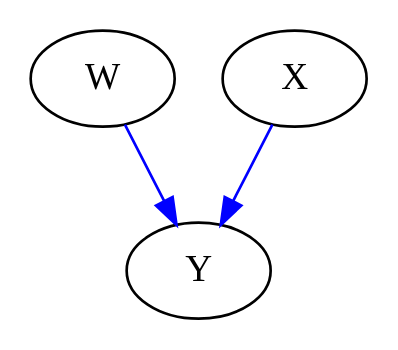
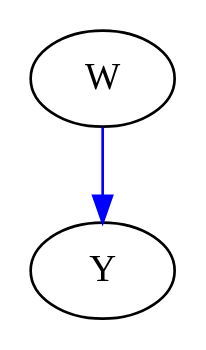
Before and after one commit to davidpomerenke/protest-impact: the second of 6 diagrams in report/1-introduction.qmd, drawn with Graphviz. The commit also changed other lines of this file and 26 other files, not shown here.

````diff
--- a/report/1-introduction.qmd
+++ b/report/1-introduction.qmd
@@ -186,10 +158,10 @@
 ```{dot}
 // | label: fig-causal-graph-corr
-// | fig-cap: Causal graph for naive analysis.
+// | fig-cap: Causal graph for correlation.
 // | fig-width: 100px
 // | fig-height: 100px
 // | column: margin
 digraph D {
-  {W, X} -> {Y} [color=blue]
+  {W} -> {Y} [color=blue]
 }
 ```
````
